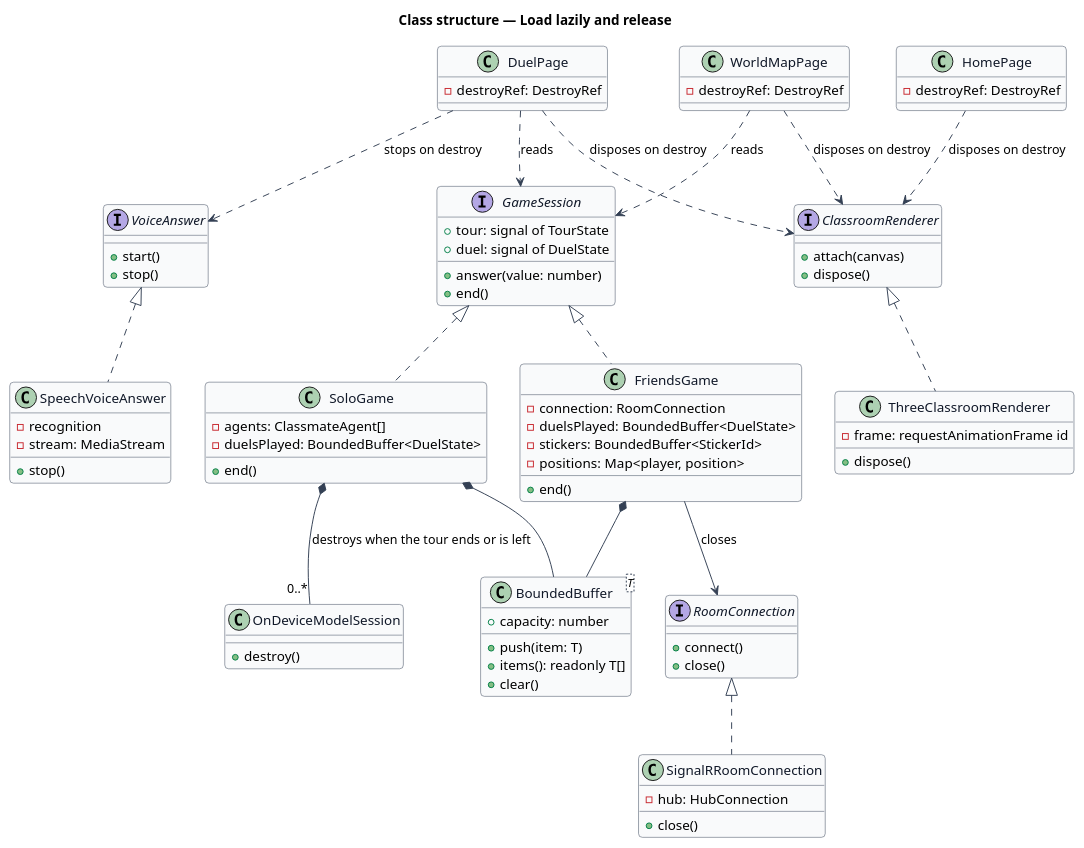
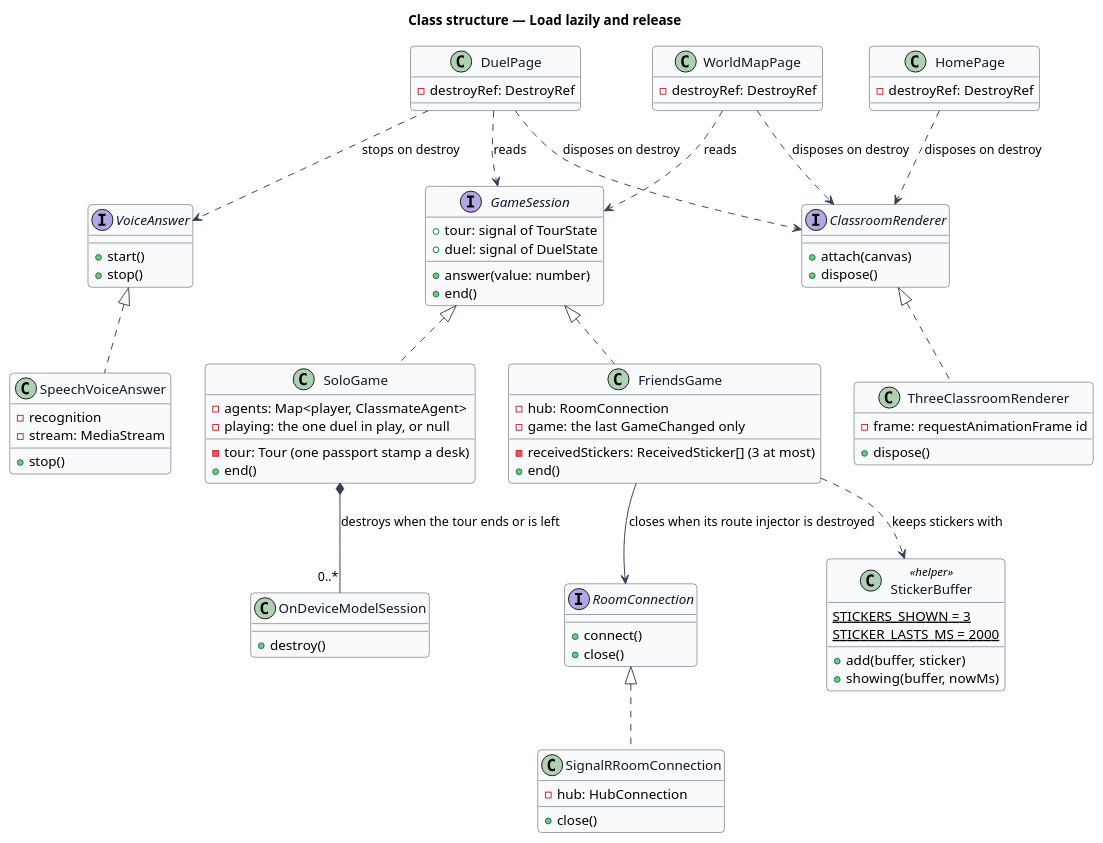
One commit to QuinntyneBrown/around-the-world changed the diagram in docs/detailed-designs/platform/load-lazily-and-release/diagrams/class-structure.puml. Above: the diagram before and after it, drawn with PlantUML. The commit also changed 11 other files, not shown here.

```diff
--- a/docs/detailed-designs/platform/load-lazily-and-release/diagrams/class-structure.puml
+++ b/docs/detailed-designs/platform/load-lazily-and-release/diagrams/class-structure.puml
@@ -1,90 +1,89 @@
 @startuml
 skinparam backgroundColor #FFFFFF
 skinparam shadowing false
 skinparam roundcorner 8
 skinparam defaultFontName Arial
 skinparam ArrowColor #344054
 skinparam class {
   BorderColor #344054
   FontColor #101828
   BackgroundColor #F9FAFB
 }
 title Class structure — Load lazily and release
 
 interface GameSession {
   +tour: signal of TourState
   +duel: signal of DuelState
   +answer(value: number)
   +end()
 }
 class SoloGame {
-  -agents: ClassmateAgent[]
-  -duelsPlayed: BoundedBuffer<DuelState>
+  -agents: Map<player, ClassmateAgent>
+  -playing: the one duel in play, or null
+  -tour: Tour (one passport stamp a desk)
   +end()
 }
 class FriendsGame {
-  -connection: RoomConnection
-  -duelsPlayed: BoundedBuffer<DuelState>
-  -stickers: BoundedBuffer<StickerId>
-  -positions: Map<player, position>
+  -hub: RoomConnection
+  -game: the last GameChanged only
+  -receivedStickers: ReceivedSticker[] (3 at most)
   +end()
 }
-class "BoundedBuffer<T>" as BoundedBuffer {
-  +capacity: number
-  +push(item: T)
-  +items(): readonly T[]
-  +clear()
+class StickerBuffer <<helper>> {
+  {static} STICKERS_SHOWN = 3
+  {static} STICKER_LASTS_MS = 2000
+  +add(buffer, sticker)
+  +showing(buffer, nowMs)
 }
 interface RoomConnection {
   +connect()
   +close()
 }
 class SignalRRoomConnection {
   -hub: HubConnection
   +close()
 }
 interface VoiceAnswer {
   +start()
   +stop()
 }
 class SpeechVoiceAnswer {
   -recognition
   -stream: MediaStream
   +stop()
 }
 interface ClassroomRenderer {
   +attach(canvas)
   +dispose()
 }
 class ThreeClassroomRenderer {
   -frame: requestAnimationFrame id
   +dispose()
 }
 class OnDeviceModelSession {
   +destroy()
 }
 class DuelPage {
   -destroyRef: DestroyRef
 }
 class HomePage {
   -destroyRef: DestroyRef
 }
 class WorldMapPage {
   -destroyRef: DestroyRef
 }
 GameSession <|.. SoloGame
 GameSession <|.. FriendsGame
 RoomConnection <|.. SignalRRoomConnection
 VoiceAnswer <|.. SpeechVoiceAnswer
 ClassroomRenderer <|.. ThreeClassroomRenderer
-SoloGame *-- BoundedBuffer
-FriendsGame *-- BoundedBuffer
+FriendsGame ..> StickerBuffer : keeps stickers with
 SoloGame *-- "0..*" OnDeviceModelSession : destroys when the tour ends or is left
-FriendsGame --> RoomConnection : closes
+FriendsGame --> RoomConnection : closes when its route injector is destroyed
 DuelPage ..> GameSession : reads
 DuelPage ..> VoiceAnswer : stops on destroy
 DuelPage ..> ClassroomRenderer : disposes on destroy
 HomePage ..> ClassroomRenderer : disposes on destroy
 WorldMapPage ..> ClassroomRenderer : disposes on destroy
 WorldMapPage ..> GameSession : reads
 @enduml
```
